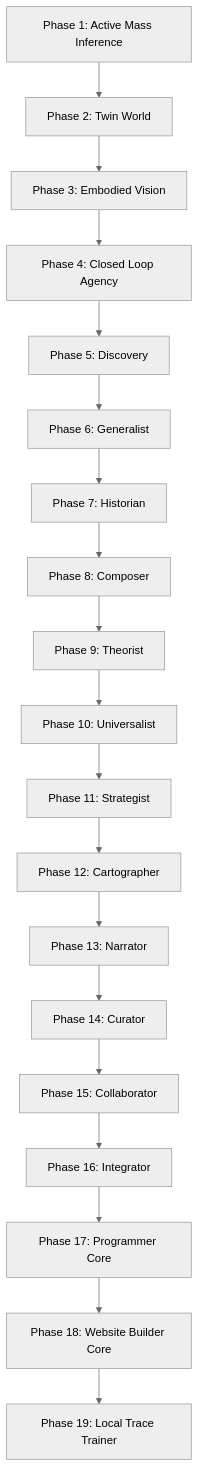
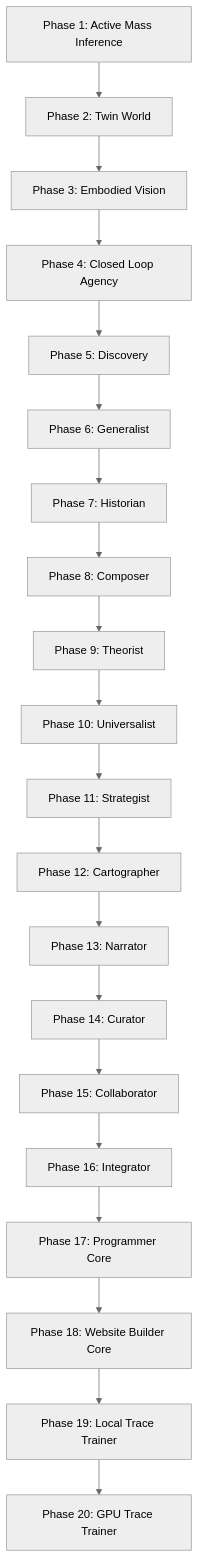
Before and after one commit to abdallah2183/causal-constructivism: the diagram in README.md, drawn with Mermaid (neutral theme). The commit also changed other lines of this file and 6 other files, not shown here.

Commit message:
Add Phase 20 GPU trace trainer

````diff
--- a/README.md
+++ b/README.md
@@ -39,21 +40,22 @@
 ```mermaid
 flowchart TD
     P1["Phase 1: Active Mass Inference"] --> P2["Phase 2: Twin World"]
     P2 --> P3["Phase 3: Embodied Vision"]
     P3 --> P4["Phase 4: Closed Loop Agency"]
     P4 --> P5["Phase 5: Discovery"]
     P5 --> P6["Phase 6: Generalist"]
     P6 --> P7["Phase 7: Historian"]
     P7 --> P8["Phase 8: Composer"]
     P8 --> P9["Phase 9: Theorist"]
     P9 --> P10["Phase 10: Universalist"]
     P10 --> P11["Phase 11: Strategist"]
     P11 --> P12["Phase 12: Cartographer"]
     P12 --> P13["Phase 13: Narrator"]
     P13 --> P14["Phase 14: Curator"]
     P14 --> P15["Phase 15: Collaborator"]
     P15 --> P16["Phase 16: Integrator"]
     P16 --> P17["Phase 17: Programmer Core"]
     P17 --> P18["Phase 18: Website Builder Core"]
     P18 --> P19["Phase 19: Local Trace Trainer"]
+    P19 --> P20["Phase 20: GPU Trace Trainer"]
 ```
````
